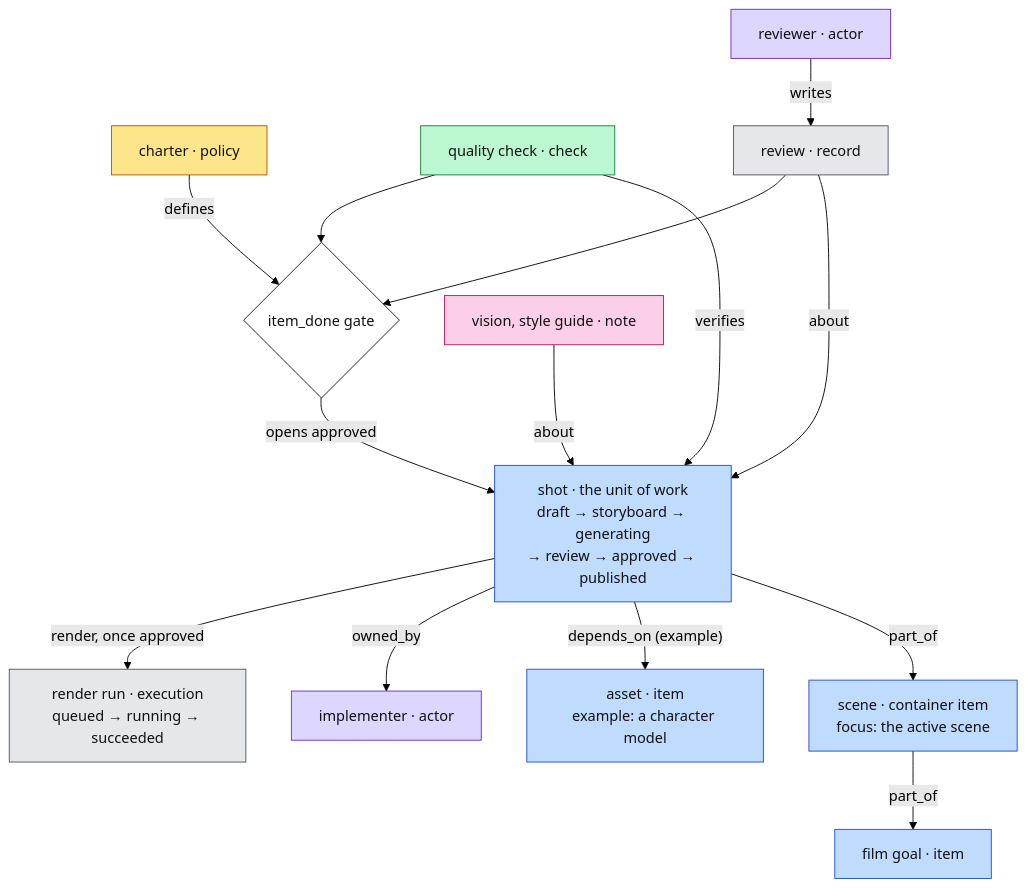
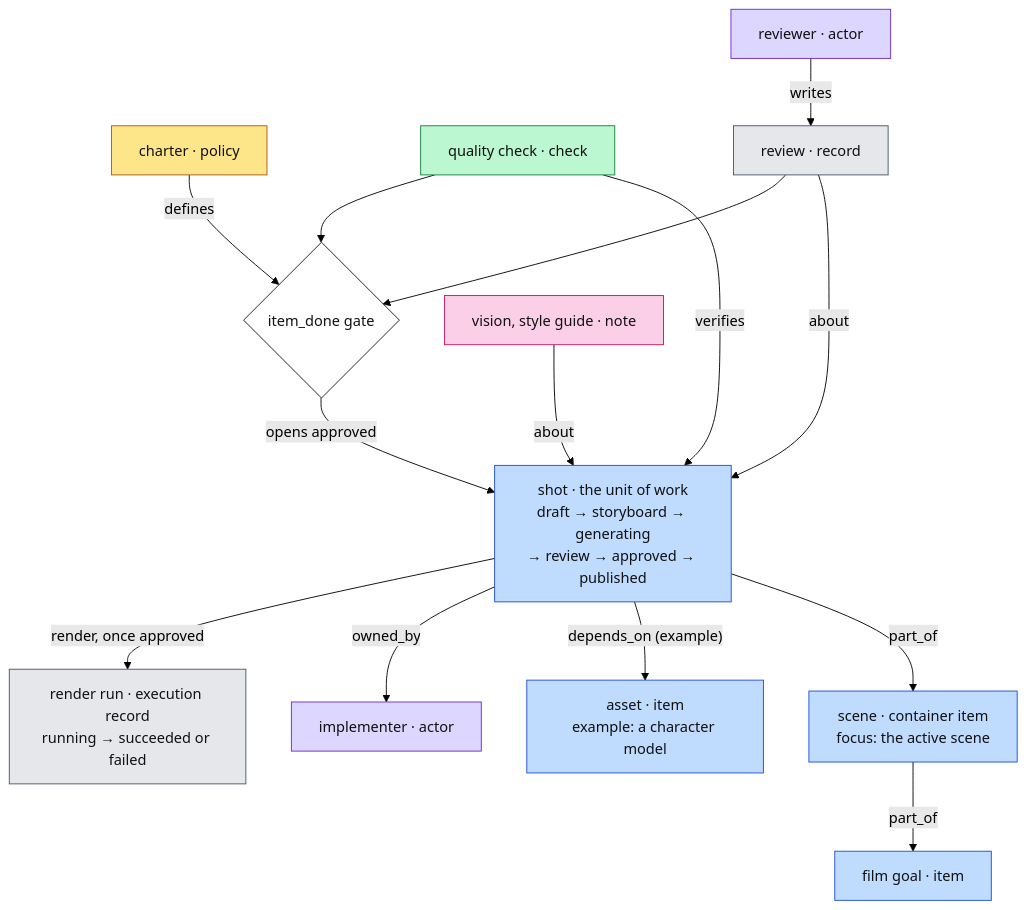
Before and after one commit to nguyenhoanhson797/Context-Rail: the third of 6 diagrams in README.md, drawn with Mermaid (forest theme). The commit also changed 2 other files, not shown here.

Commit message:
docs: describe the reworked builtin packs

````diff
--- a/README.md
+++ b/README.md
@@ -176,44 +176,44 @@
 ```mermaid
 flowchart TD
     CH["charter · policy"]
     GO["film goal · item"]
     SC["scene · container item<br/>focus: the active scene"]
     SH["shot · the unit of work<br/>draft → storyboard → generating<br/>→ review → approved → published"]
     AS["asset · item<br/>example: a character model"]
     GT{"item_done gate"}
     QC["quality check · check"]
     RV["review · record"]
-    RN["render run · execution<br/>queued → running → succeeded"]
+    RN["render run · execution record<br/>running → succeeded or failed"]
     NT["vision, style guide · note"]
     IM["implementer · actor"]
     RE["reviewer · actor"]
 
     SC -- "part_of" --> GO
     SH -- "part_of" --> SC
     SH -- "depends_on (example)" --> AS
     CH -- "defines" --> GT
     QC -- "verifies" --> SH
     QC --> GT
     RE -- "writes" --> RV
     RV -- "about" --> SH
     RV --> GT
     GT -- "opens approved" --> SH
     SH -- "owned_by" --> IM
     SH -- "render, once approved" --> RN
     NT -- "about" --> SH
 
     classDef cPolicy fill:#fde68a,stroke:#b45309,color:#111
     classDef cItem fill:#bfdbfe,stroke:#1d4ed8,color:#111
     classDef cCheck fill:#bbf7d0,stroke:#15803d,color:#111
     classDef cRecord fill:#e5e7eb,stroke:#4b5563,color:#111
     classDef cNote fill:#fbcfe8,stroke:#be185d,color:#111
     classDef cActor fill:#ddd6fe,stroke:#6d28d9,color:#111
     classDef cGate fill:#fff,stroke:#111,color:#111
     class CH cPolicy
     class GO,SC,SH,AS cItem
     class QC cCheck
     class RV,RN cRecord
     class NT cNote
     class IM,RE cActor
     class GT cGate
 ```
````
